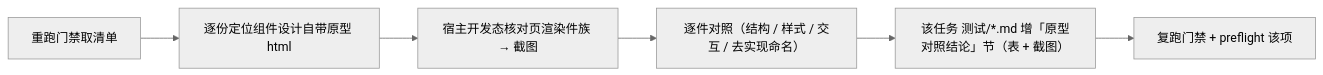
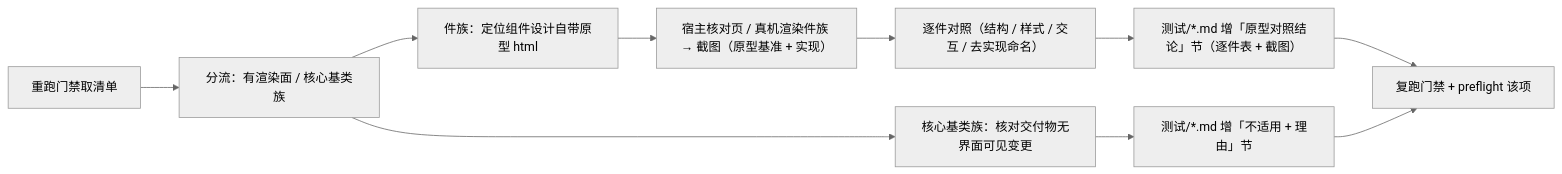
One commit to minjian123/basic-management-system changed the diagram in bms文档/项目/07_RBAC基础模块/任务/07_原型对照结论补齐/07_原型对照结论补齐_02_组件类记录/设计/01_详细设计_02_组件类记录.md. Above: the diagram before and after it, drawn with Mermaid (neutral theme). The commit also changed other lines of this file and 32 other files, not shown here.

````diff
--- a/bms文档/项目/07_RBAC基础模块/任务/07_原型对照结论补齐/07_原型对照结论补齐_02_组件类记录/设计/01_详细设计_02_组件类记录.md
+++ b/bms文档/项目/07_RBAC基础模块/任务/07_原型对照结论补齐/07_原型对照结论补齐_02_组件类记录/设计/01_详细设计_02_组件类记录.md
@@ -42,8 +60,12 @@
 ```mermaid
 flowchart LR
-    A["重跑门禁取清单"] --> B["逐份定位组件设计自带原型 html"]
-    B --> C["宿主开发态核对页渲染件族 → 截图"]
-    C --> D["逐件对照（结构 / 样式 / 交互 / 去实现命名）"]
-    D --> E["该任务 测试/*.md 增「原型对照结论」节（表 + 截图）"]
-    E --> F["复跑门禁 + preflight 该项"]
+    A["重跑门禁取清单"] --> B["分流：有渲染面 / 核心基类族"]
+    B --> C1["件族：定位组件设计自带原型 html"]
+    C1 --> C2["宿主核对页 / 真机渲染件族 → 截图（原型基准 + 实现）"]
+    C2 --> D1["逐件对照（结构 / 样式 / 交互 / 去实现命名）"]
+    D1 --> E1["测试/*.md 增「原型对照结论」节（逐件表 + 截图）"]
+    B --> C3["核心基类族：核对交付物无界面可见变更"]
+    C3 --> E2["测试/*.md 增「不适用 + 理由」节"]
+    E1 --> F["复跑门禁 + preflight 该项"]
+    E2 --> F
 ```
````
